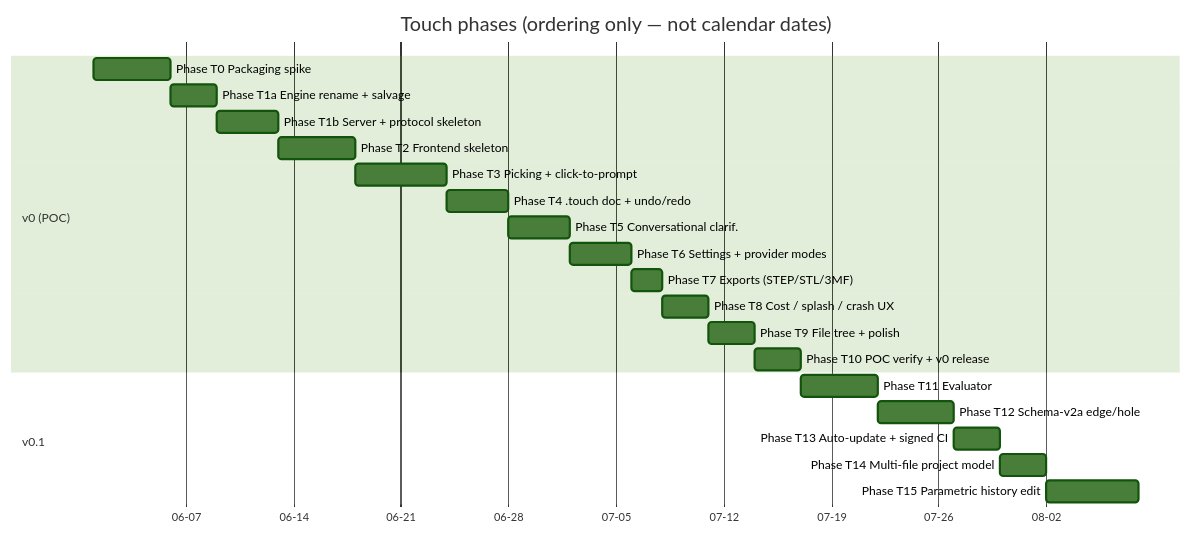
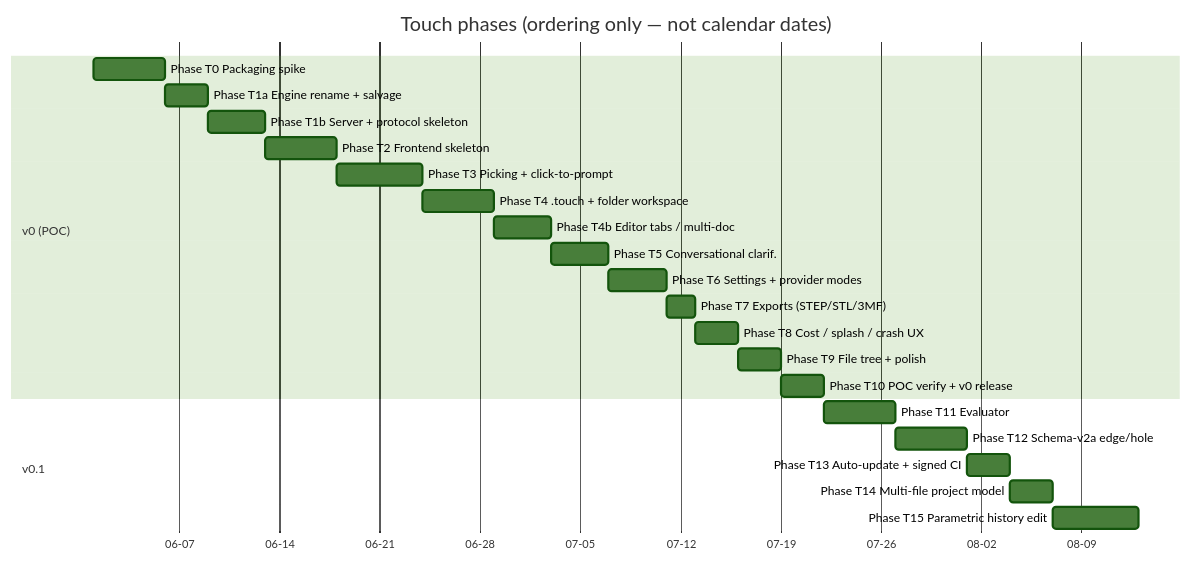
One commit to vandpaolo/touch changed the diagram in docs/03-roadmap.md. Above: the diagram before and after it, drawn with Mermaid (forest theme). The commit also changed other lines of this file and 1 other file, not shown here.

First line of the commit message:
docs(roadmap): T4 re-scoped to folder workspace; insert T4b (editor tabs)

````diff
--- a/docs/03-roadmap.md
+++ b/docs/03-roadmap.md
@@ -39,25 +39,26 @@
 ```mermaid
 gantt
     title Touch phases (ordering only — not calendar dates)
     dateFormat  YYYY-MM-DD
     axisFormat  %m-%d
     section v0 (POC)
     Phase T0   Packaging spike            :pT0, 2026-06-01, 5d
     Phase T1a  Engine rename + salvage    :pT1a, after pT0, 3d
     Phase T1b  Server + protocol skeleton :pT1b, after pT1a, 4d
     Phase T2   Frontend skeleton          :pT2, after pT1b, 5d
     Phase T3   Picking + click-to-prompt  :pT3, after pT2, 6d
-    Phase T4   .touch doc + undo/redo     :pT4, after pT3, 4d
-    Phase T5   Conversational clarif.     :pT5, after pT4, 4d
+    Phase T4   .touch + folder workspace  :pT4, after pT3, 5d
+    Phase T4b  Editor tabs / multi-doc    :pT4b, after pT4, 4d
+    Phase T5   Conversational clarif.     :pT5, after pT4b, 4d
     Phase T6   Settings + provider modes  :pT6, after pT5, 4d
     Phase T7   Exports (STEP/STL/3MF)     :pT7, after pT6, 2d
     Phase T8   Cost / splash / crash UX   :pT8, after pT7, 3d
     Phase T9   File tree + polish         :pT9, after pT8, 3d
     Phase T10  POC verify + v0 release    :pT10, after pT9, 3d
     section v0.1
     Phase T11  Evaluator                  :pT11, after pT10, 5d
     Phase T12  Schema-v2a edge/hole       :pT12, after pT11, 5d
     Phase T13  Auto-update + signed CI    :pT13, after pT12, 3d
     Phase T14  Multi-file project model   :pT14, after pT13, 3d
     Phase T15  Parametric history edit    :pT15, after pT14, 6d
 ```
````
